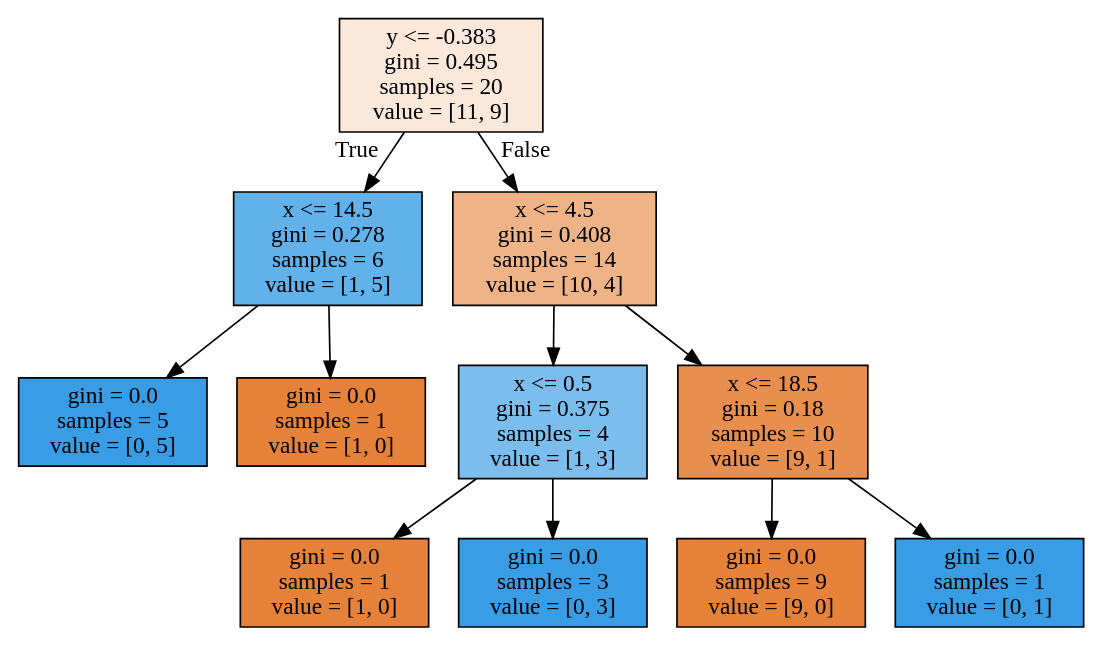
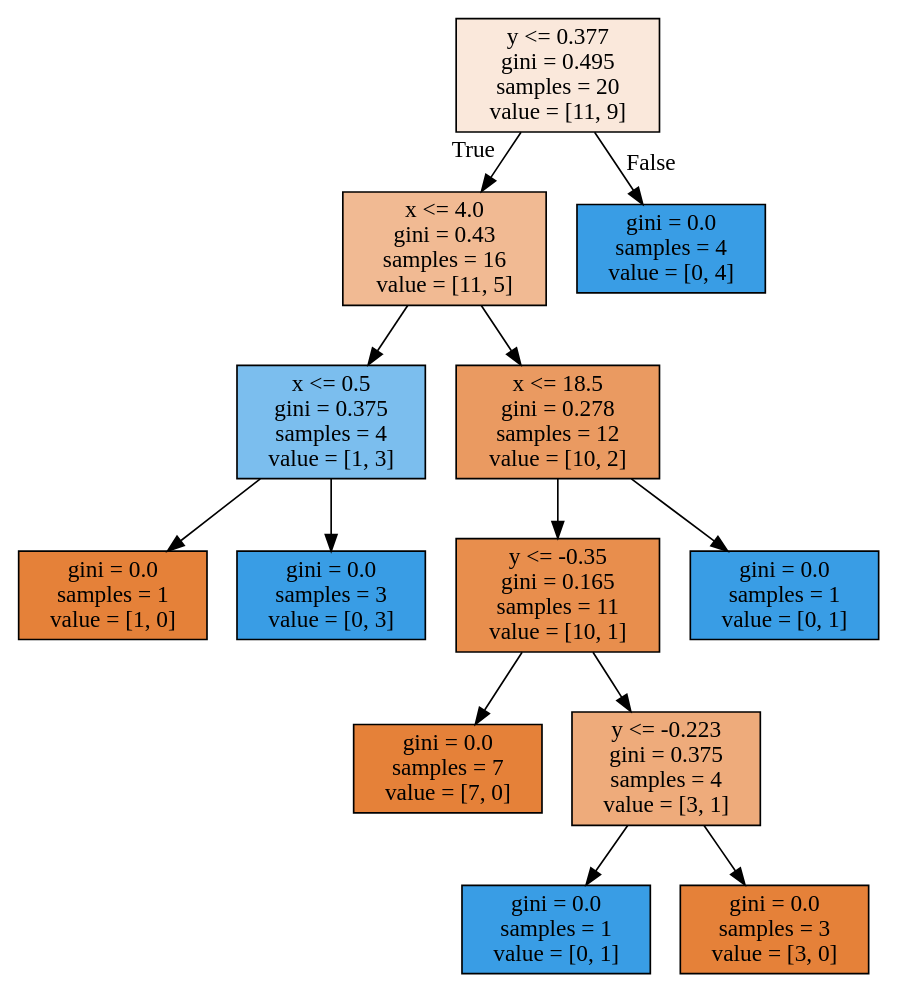
One commit to SergeevMaxim/HW_ML_2021 changed the diagram in lecture03/sktree2.dot. Above: the diagram before and after it, drawn with Graphviz. The commit also changed 3 other files, not shown here.

```diff
--- a/lecture03/sktree2.dot
+++ b/lecture03/sktree2.dot
@@ -1,24 +1,28 @@
 digraph Tree {
 node [shape=box, style="filled", color="black"] ;
-0 [label="y <= -0.383\ngini = 0.495\nsamples = 20\nvalue = [11, 9]", fillcolor="#fae8db"] ;
-1 [label="x <= 14.5\ngini = 0.278\nsamples = 6\nvalue = [1, 5]", fillcolor="#61b1ea"] ;
+0 [label="y <= 0.377\ngini = 0.495\nsamples = 20\nvalue = [11, 9]", fillcolor="#fae8db"] ;
+1 [label="x <= 4.0\ngini = 0.43\nsamples = 16\nvalue = [11, 5]", fillcolor="#f1ba93"] ;
 0 -> 1 [labeldistance=2.5, labelangle=45, headlabel="True"] ;
-2 [label="gini = 0.0\nsamples = 5\nvalue = [0, 5]", fillcolor="#399de5"] ;
+2 [label="x <= 0.5\ngini = 0.375\nsamples = 4\nvalue = [1, 3]", fillcolor="#7bbeee"] ;
 1 -> 2 ;
 3 [label="gini = 0.0\nsamples = 1\nvalue = [1, 0]", fillcolor="#e58139"] ;
-1 -> 3 ;
-4 [label="x <= 4.5\ngini = 0.408\nsamples = 14\nvalue = [10, 4]", fillcolor="#efb388"] ;
-0 -> 4 [labeldistance=2.5, labelangle=-45, headlabel="False"] ;
-5 [label="x <= 0.5\ngini = 0.375\nsamples = 4\nvalue = [1, 3]", fillcolor="#7bbeee"] ;
-4 -> 5 ;
-6 [label="gini = 0.0\nsamples = 1\nvalue = [1, 0]", fillcolor="#e58139"] ;
+2 -> 3 ;
+4 [label="gini = 0.0\nsamples = 3\nvalue = [0, 3]", fillcolor="#399de5"] ;
+2 -> 4 ;
+5 [label="x <= 18.5\ngini = 0.278\nsamples = 12\nvalue = [10, 2]", fillcolor="#ea9a61"] ;
+1 -> 5 ;
+6 [label="y <= -0.35\ngini = 0.165\nsamples = 11\nvalue = [10, 1]", fillcolor="#e88e4d"] ;
 5 -> 6 ;
-7 [label="gini = 0.0\nsamples = 3\nvalue = [0, 3]", fillcolor="#399de5"] ;
-5 -> 7 ;
-8 [label="x <= 18.5\ngini = 0.18\nsamples = 10\nvalue = [9, 1]", fillcolor="#e88f4f"] ;
-4 -> 8 ;
-9 [label="gini = 0.0\nsamples = 9\nvalue = [9, 0]", fillcolor="#e58139"] ;
+7 [label="gini = 0.0\nsamples = 7\nvalue = [7, 0]", fillcolor="#e58139"] ;
+6 -> 7 ;
+8 [label="y <= -0.223\ngini = 0.375\nsamples = 4\nvalue = [3, 1]", fillcolor="#eeab7b"] ;
+6 -> 8 ;
+9 [label="gini = 0.0\nsamples = 1\nvalue = [0, 1]", fillcolor="#399de5"] ;
 8 -> 9 ;
-10 [label="gini = 0.0\nsamples = 1\nvalue = [0, 1]", fillcolor="#399de5"] ;
+10 [label="gini = 0.0\nsamples = 3\nvalue = [3, 0]", fillcolor="#e58139"] ;
 8 -> 10 ;
+11 [label="gini = 0.0\nsamples = 1\nvalue = [0, 1]", fillcolor="#399de5"] ;
+5 -> 11 ;
+12 [label="gini = 0.0\nsamples = 4\nvalue = [0, 4]", fillcolor="#399de5"] ;
+0 -> 12 [labeldistance=2.5, labelangle=-45, headlabel="False"] ;
 }
```
